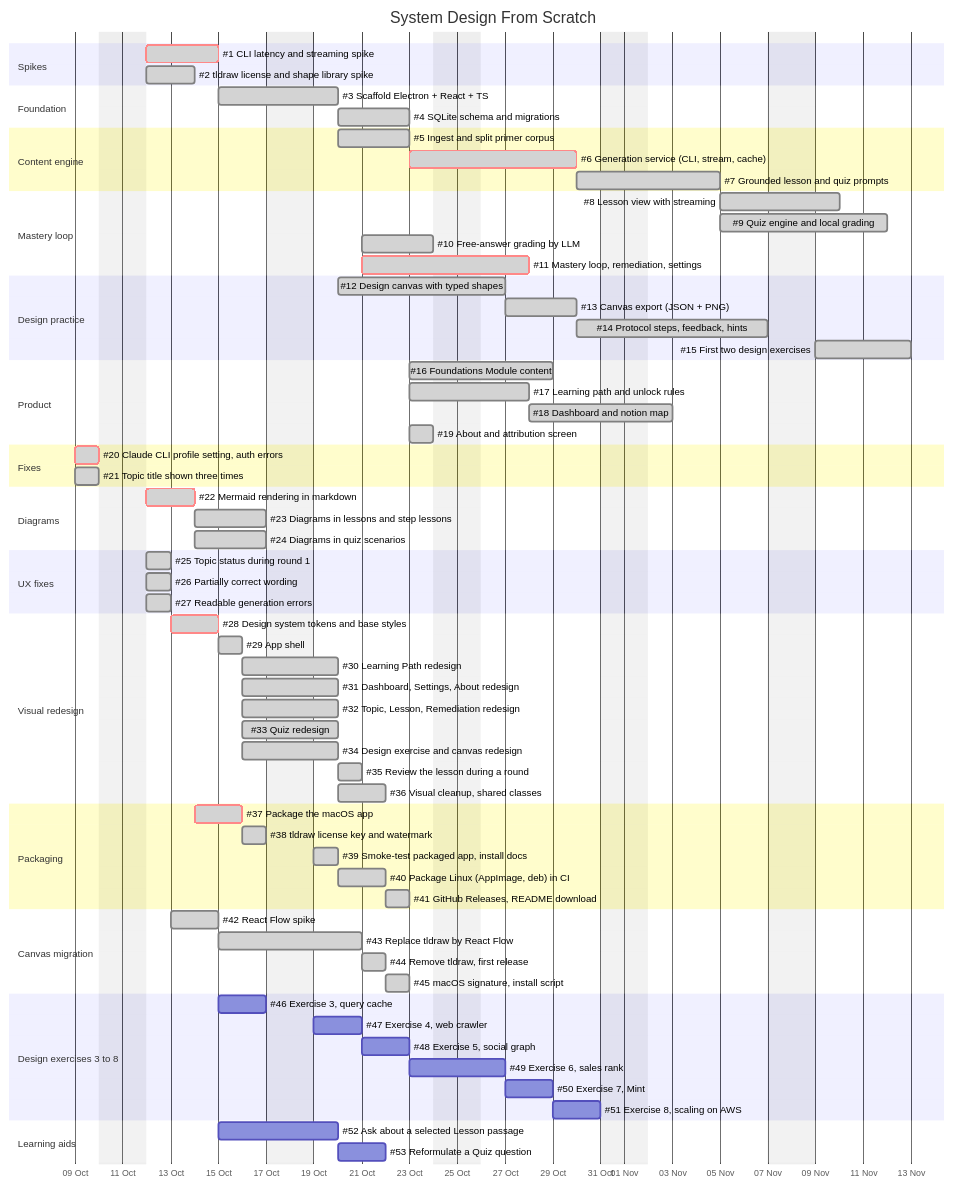
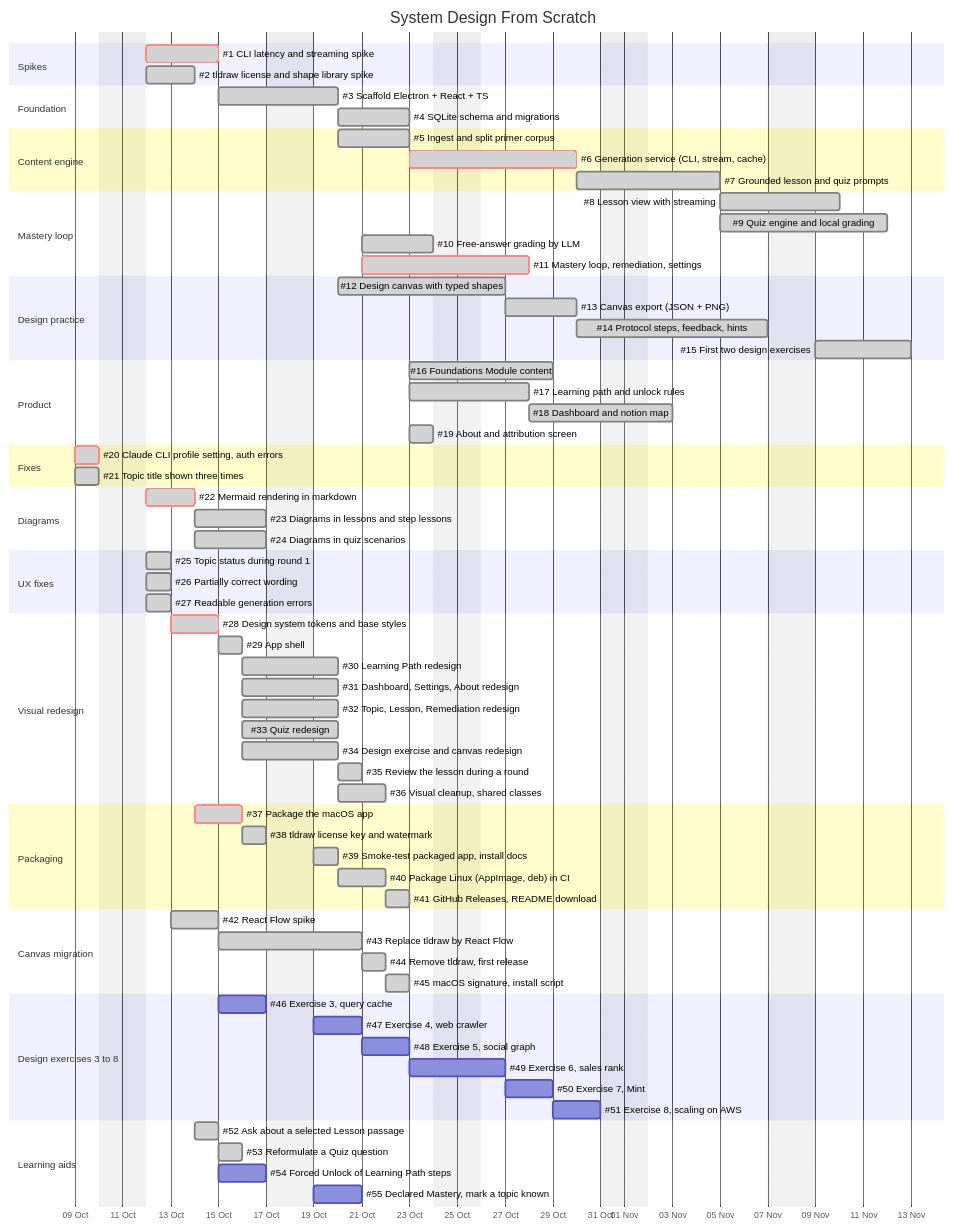
The diagram in docs/ROADMAP.md (jbclaramonte/system-design-from-scratch), drawn with Mermaid before and after one commit. The commit also changed other lines of this file and 55 other files, not shown here.

First line of the commit message:
feat: Lesson Question side panel and Question Clarification in the quiz

````diff
--- a/docs/ROADMAP.md
+++ b/docs/ROADMAP.md
@@ -95,6 +95,8 @@
     #51 Exercise 8, scaling on AWS            :e8, after e7, 2d
 
     section Learning aids
-    #52 Ask about a selected Lesson passage   :a1, 2026-10-15, 3d
-    #53 Reformulate a Quiz question           :a2, after a1, 2d
+    #52 Ask about a selected Lesson passage   :done, a1, 2026-10-14, 1d
+    #53 Reformulate a Quiz question           :done, a2, after a1, 1d
+    #54 Forced Unlock of Learning Path steps  :a3, 2026-10-15, 2d
+    #55 Declared Mastery, mark a topic known  :a4, after a3, 2d
 ```
````
